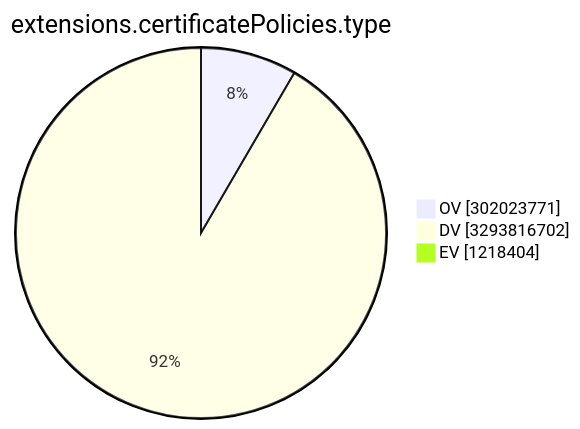
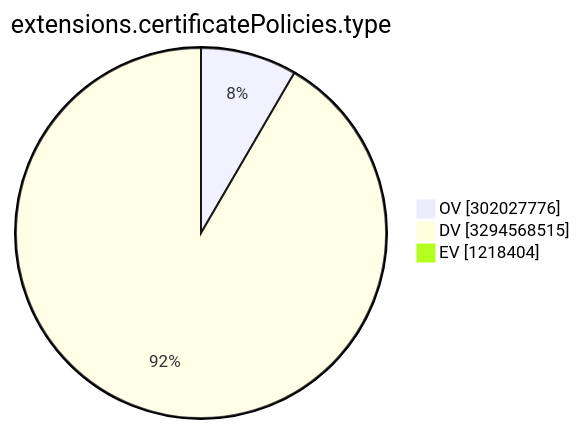
The ninth of 15 diagrams in TOTAL/README.md (christiankrug/ctmonitor_visualization), drawn with Mermaid before and after one commit. The commit also changed other lines of this file, not shown here.

````diff
--- a/TOTAL/README.md
+++ b/TOTAL/README.md
@@ -3107,7 +3107,7 @@
 ```mermaid
 pie showData
 title extensions.certificatePolicies.type
-"OV" :302023771
-"DV" :3293816702
+"OV" :302027776
+"DV" :3294568515
 "EV" :1218404
 ```
````
